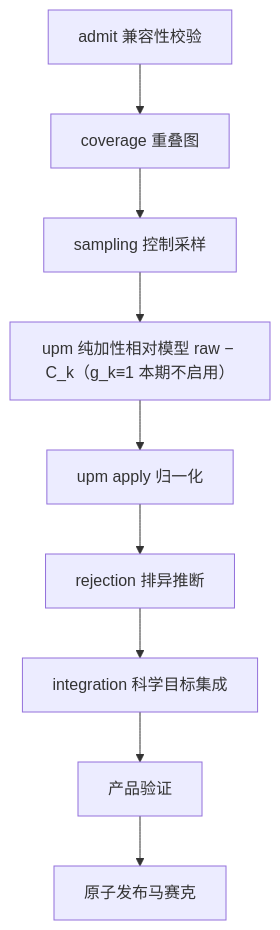
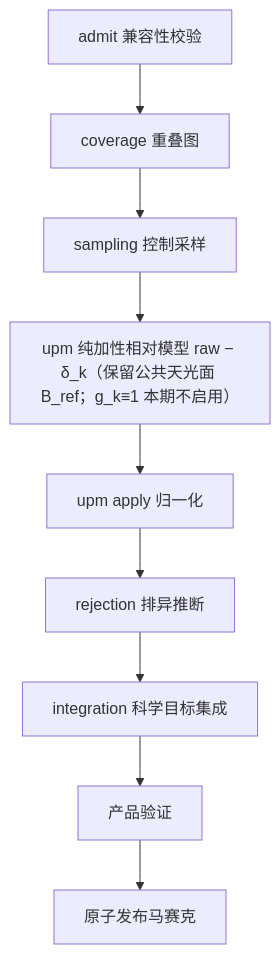
Before and after one commit to fujiaze/Astro-CS-Database: the fifth of 12 diagrams in ASTROCS_DESIGN.md, drawn with Mermaid. The commit also changed other lines of this file and 11 other files, not shown here.

````diff
--- a/ASTROCS_DESIGN.md
+++ b/ASTROCS_DESIGN.md
@@ -278,11 +308,11 @@
 ```mermaid
 flowchart TD
     A["admit 兼容性校验"] --> C["coverage 重叠图"]
     C --> S["sampling 控制采样"]
-    S --> U["upm 纯加性相对模型 raw − C_k（g_k≡1 本期不启用）"]
+    S --> U["upm 纯加性相对模型 raw − δ_k（保留公共天光面 B_ref；g_k≡1 本期不启用）"]
     U --> UA["upm apply 归一化"]
     UA --> R["rejection 排异推断"]
     R --> I["integration 科学目标集成"]
     I --> V["产品验证"]
     V --> O["原子发布马赛克"]
 ```
````
